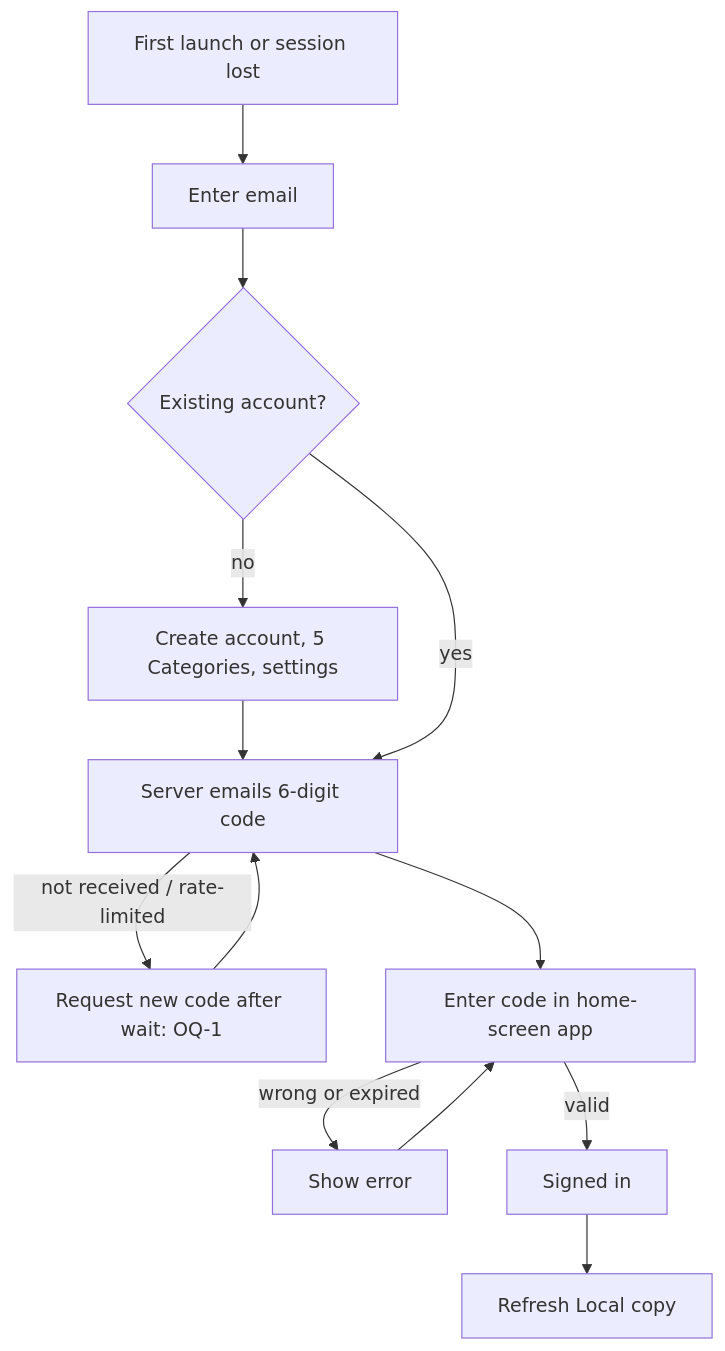
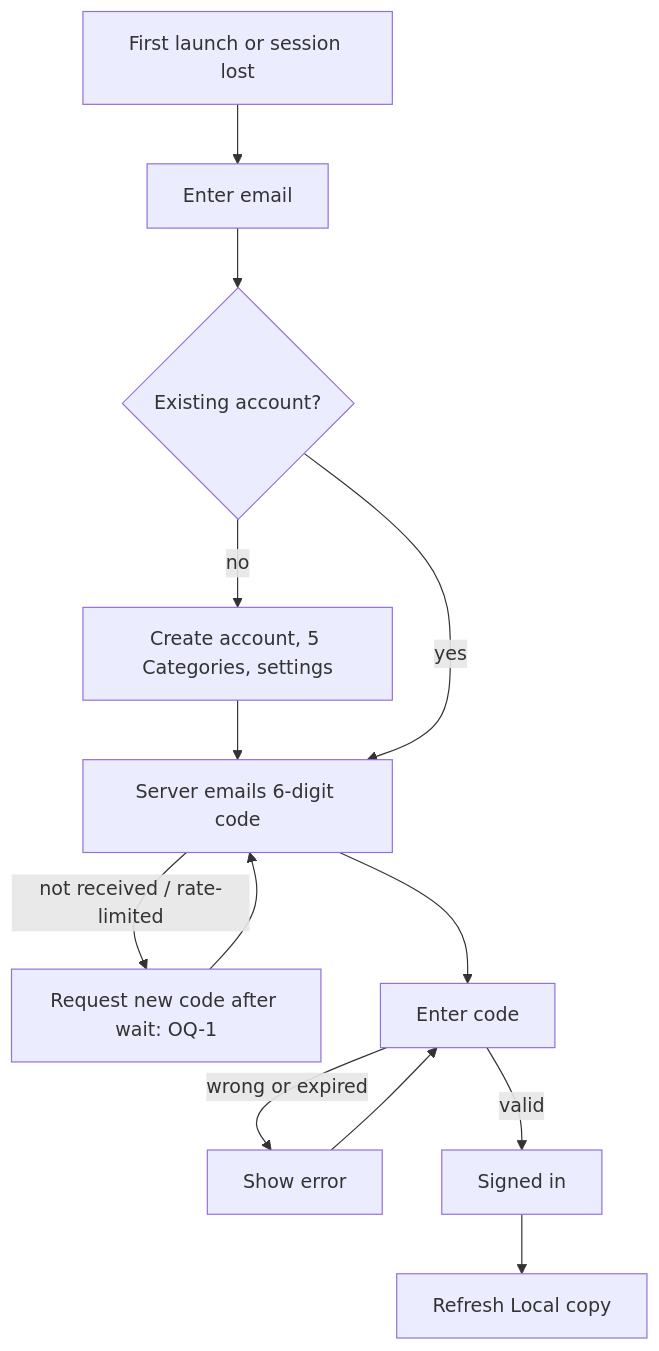
The sixth of 6 diagrams in docs/design/2026-11-06-mvp/02-requirements.md (bachtly/daily-kaizen), drawn with Mermaid before and after one commit. The commit also changed other lines of this file and 12 other files, not shown here.

First line of the commit message:
feat(app): sign in from any browser; Add to Home Screen steps on /install

````diff
--- a/docs/design/2026-11-06-mvp/02-requirements.md
+++ b/docs/design/2026-11-06-mvp/02-requirements.md
@@ -187,11 +187,11 @@
 ```mermaid
 flowchart TD
   I[First launch or session lost] --> EM[Enter email]
   EM --> NEW{Existing account?}
   NEW -- no --> ACC[Create account, 5 Categories, settings] --> CODE
   NEW -- yes --> CODE[Server emails 6-digit code]
   CODE -- not received / rate-limited --> RS[Request new code after wait: OQ-1] --> CODE
-  CODE --> ENT[Enter code in home-screen app]
+  CODE --> ENT[Enter code]
   ENT -- wrong or expired --> ERR[Show error] --> ENT
   ENT -- valid --> IN[Signed in] --> SY[Refresh Local copy]
 ```
````
